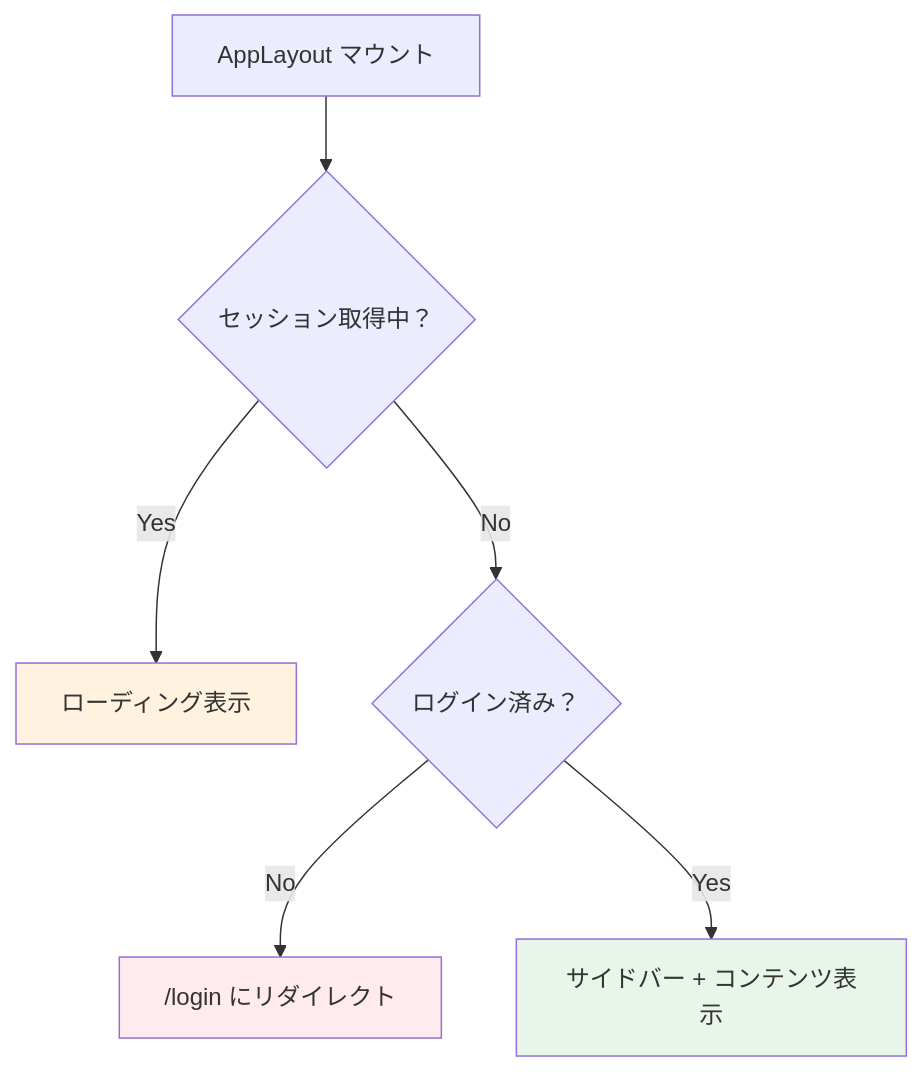
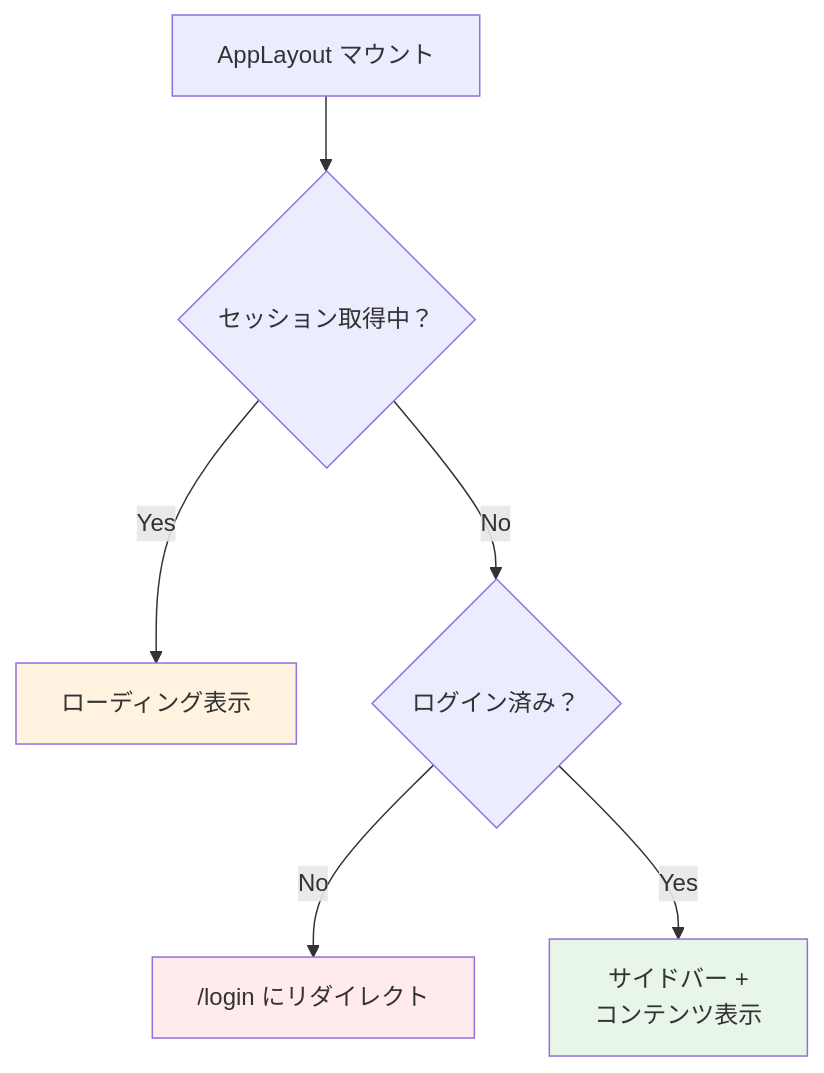
One commit to kouiso/task-app changed the third of 5 diagrams in material/30days-curriculum/day08_サイドバーを完成させよう.md. Above: the diagram before and after it, drawn with Mermaid. The commit also changed other lines of this file and 24 other files, not shown here.

First line of the commit message:
fix(material): Mermaid 図のファイル名キャプションとノード途中折れを直す (#457) (#718)

````diff
--- a/material/30days-curriculum/day08_サイドバーを完成させよう.md
+++ b/material/30days-curriculum/day08_サイドバーを完成させよう.md
@@ -209,12 +209,12 @@
 ```mermaid
 flowchart TD
     A[AppLayout マウント] --> B{セッション取得中？}
     B -->|Yes| C[ローディング表示]
     B -->|No| D{ログイン済み？}
     D -->|No| E["/login にリダイレクト"]
-    D -->|Yes| F[サイドバー + コンテンツ表示]
+    D -->|Yes| F[サイドバー +<br/>コンテンツ表示]
 
     style C fill:#fff3e0
     style E fill:#ffebee
     style F fill:#e8f5e9
 ```
````
